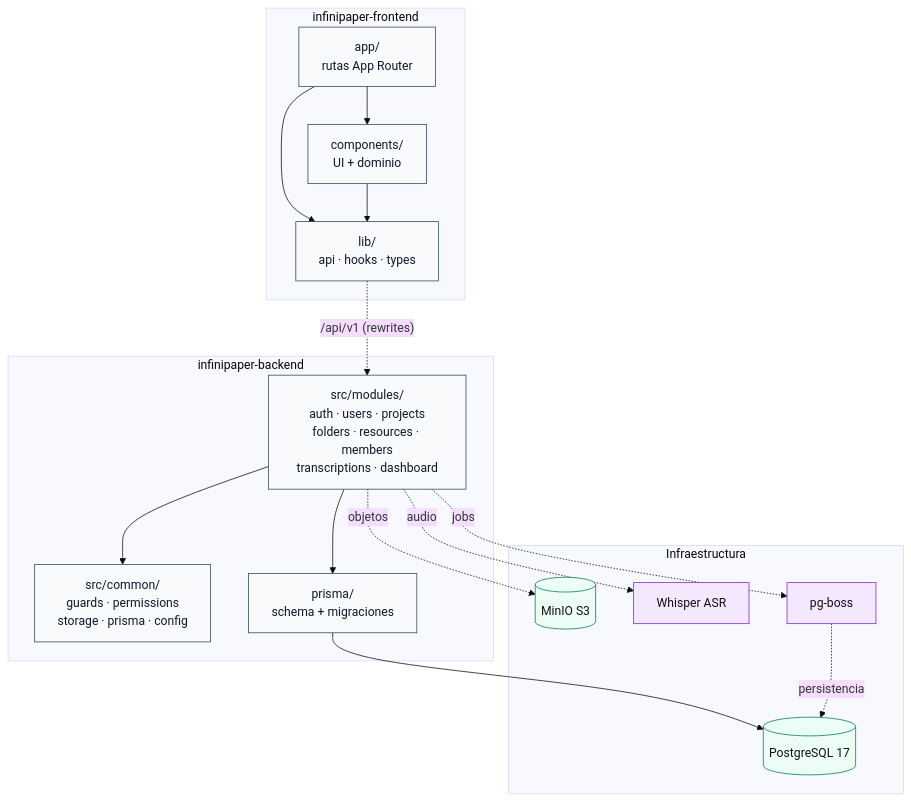
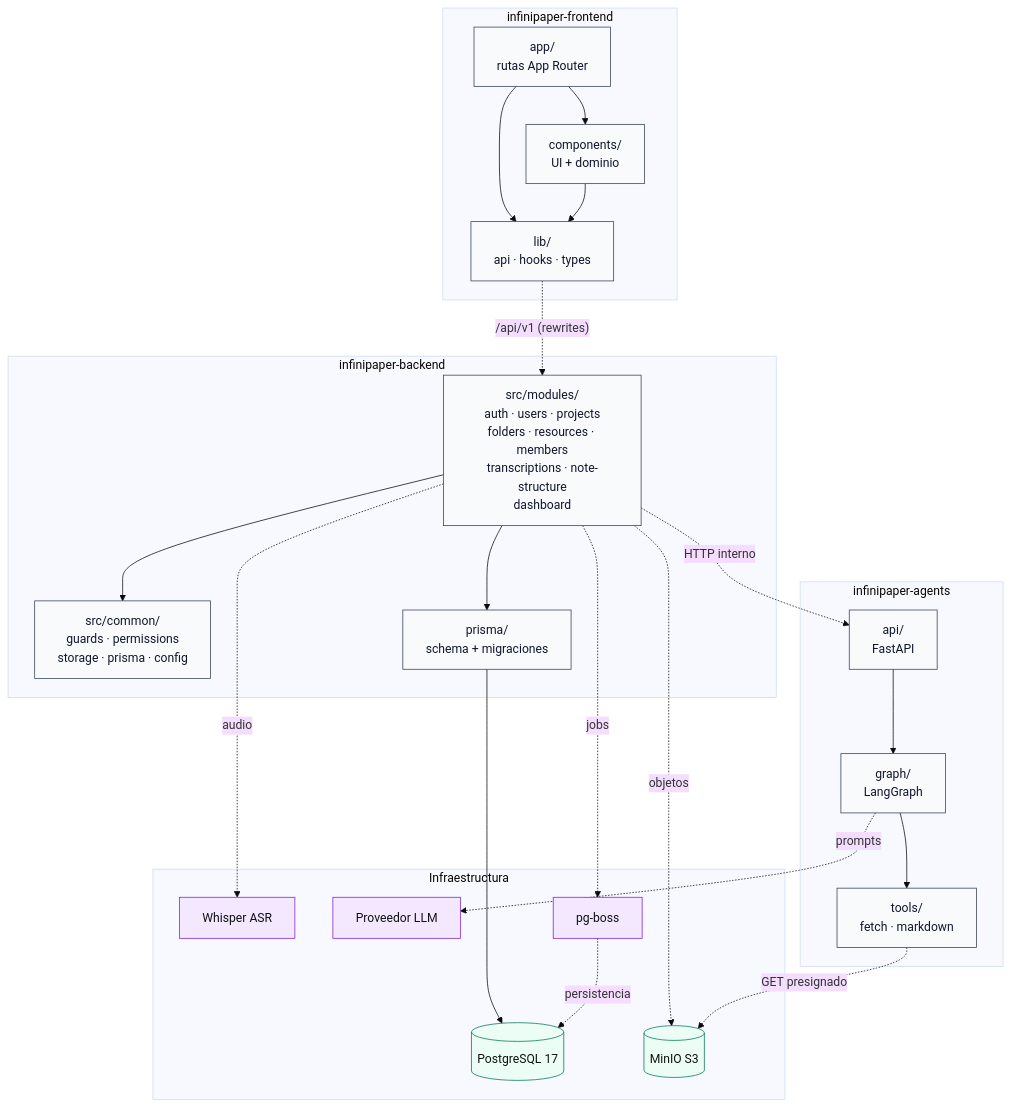
Before and after one commit to CesarKnight/infinipaper-proy: the diagram in docs/sdd/diagramas/paquetes.md, drawn with Mermaid. The commit also changed other lines of this file and 74 other files, not shown here.

````diff
--- a/docs/sdd/diagramas/paquetes.md
+++ b/docs/sdd/diagramas/paquetes.md
@@ -5,38 +5,50 @@
 ```mermaid
 %%{init: {"theme": "base", "themeVariables": {"fontFamily": "Inter, sans-serif"}}}%%
 flowchart TB
   classDef pkg fill:#f8fafc,stroke:#334155,stroke-width:1px,color:#0f172a
   classDef ext fill:#f3e8ff,stroke:#7e22ce,stroke-width:1px,color:#111
   classDef data fill:#ecfdf5,stroke:#047857,stroke-width:1px,color:#111
 
   subgraph Frontend["infinipaper-frontend"]
     APP["app/<br/>rutas App Router"]:::pkg
     COMP["components/<br/>UI + dominio"]:::pkg
     LIB["lib/<br/>api · hooks · types"]:::pkg
   end
 
   subgraph Backend["infinipaper-backend"]
-    MOD["src/modules/<br/>auth · users · projects<br/>folders · resources · members<br/>transcriptions · dashboard"]:::pkg
+    MOD["src/modules/<br/>auth · users · projects<br/>folders · resources · members<br/>transcriptions · note-structure<br/>dashboard"]:::pkg
     COMMON["src/common/<br/>guards · permissions<br/>storage · prisma · config"]:::pkg
     PRISMA["prisma/<br/>schema + migraciones"]:::pkg
+  end
+
+  subgraph Agents["infinipaper-agents"]
+    AGAPI["api/<br/>FastAPI"]:::pkg
+    AGRAPH["graph/<br/>LangGraph"]:::pkg
+    ATOOLS["tools/<br/>fetch · markdown"]:::pkg
   end
 
   subgraph Infra["Infraestructura"]
     PG[(PostgreSQL 17)]:::data
     MINIO[(MinIO S3)]:::data
     WHISPER[Whisper ASR]:::ext
+    LLM[Proveedor LLM]:::ext
     QUEUE[pg-boss]:::ext
   end
 
   APP --> COMP
   APP --> LIB
   COMP --> LIB
   LIB -. "/api/v1 (rewrites)" .-> MOD
   MOD --> COMMON
   MOD --> PRISMA
+  MOD -. "HTTP interno" .-> AGAPI
+  AGAPI --> AGRAPH
+  AGRAPH --> ATOOLS
   PRISMA --> PG
   MOD -. "objetos" .-> MINIO
   MOD -. "audio" .-> WHISPER
   MOD -. "jobs" .-> QUEUE
+  ATOOLS -. "GET presignado" .-> MINIO
+  AGRAPH -. "prompts" .-> LLM
   QUEUE -. "persistencia" .-> PG
 ```
````
